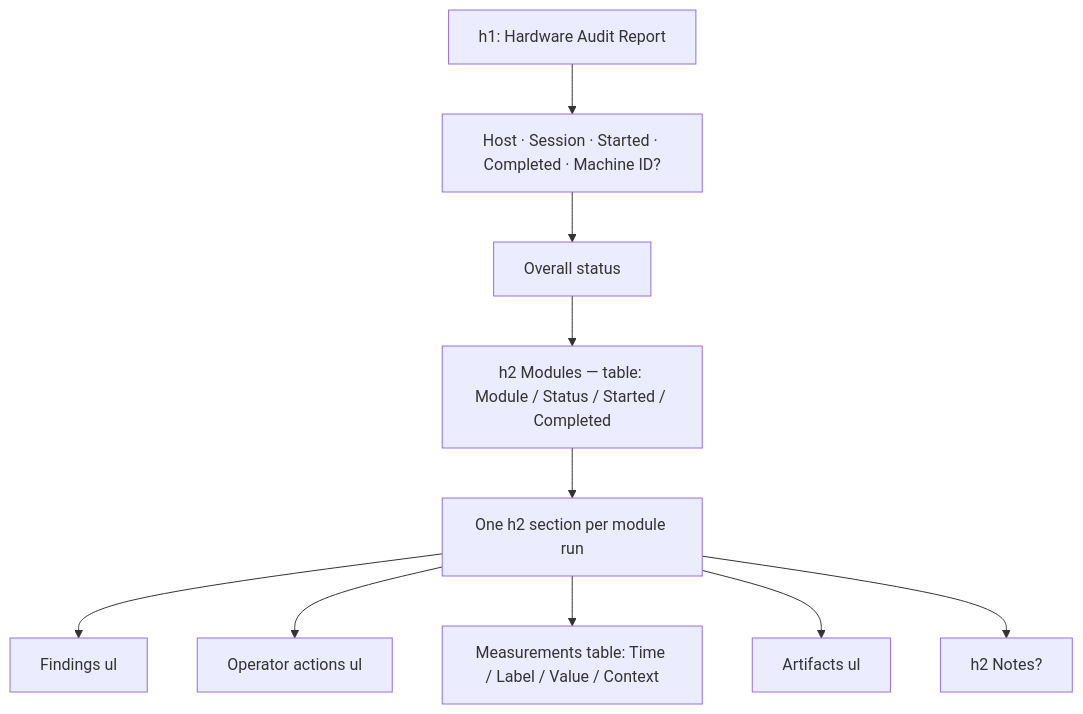
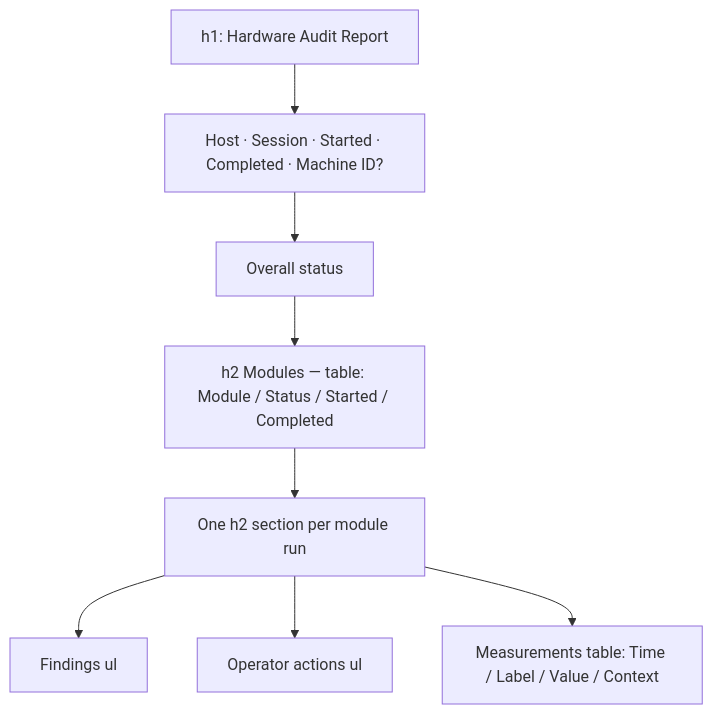
The diagram in lode/reporting/html-report.md (Krasen007/HardwareAuditToolkit), drawn with Mermaid before and after one commit. The commit also changed other lines of this file and 28 other files, not shown here.

````diff
--- a/lode/reporting/html-report.md
+++ b/lode/reporting/html-report.md
@@ -9,12 +9,10 @@
 ```mermaid
 graph TD
     H1[h1: Hardware Audit Report] --> META[Host · Session · Started · Completed · Machine ID?]
     META --> OV[Overall status]
     OV --> TBL[h2 Modules — table: Module / Status / Started / Completed]
     TBL --> SEC[One h2 section per module run]
     SEC --> F[Findings ul]
     SEC --> OA[Operator actions ul]
     SEC --> MM[Measurements table: Time / Label / Value / Context]
-    SEC --> AR[Artifacts ul]
-    SEC --> N[h2 Notes?]
 ```
````
